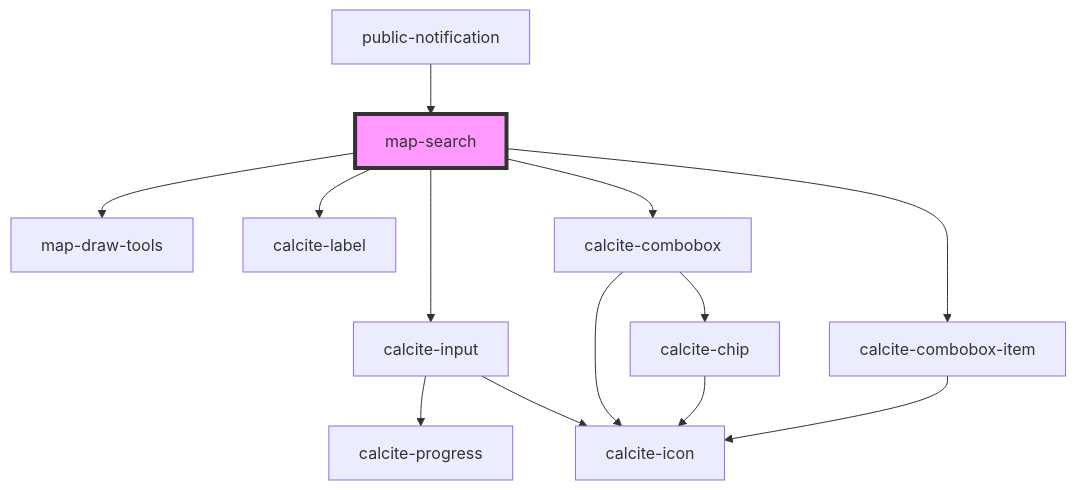
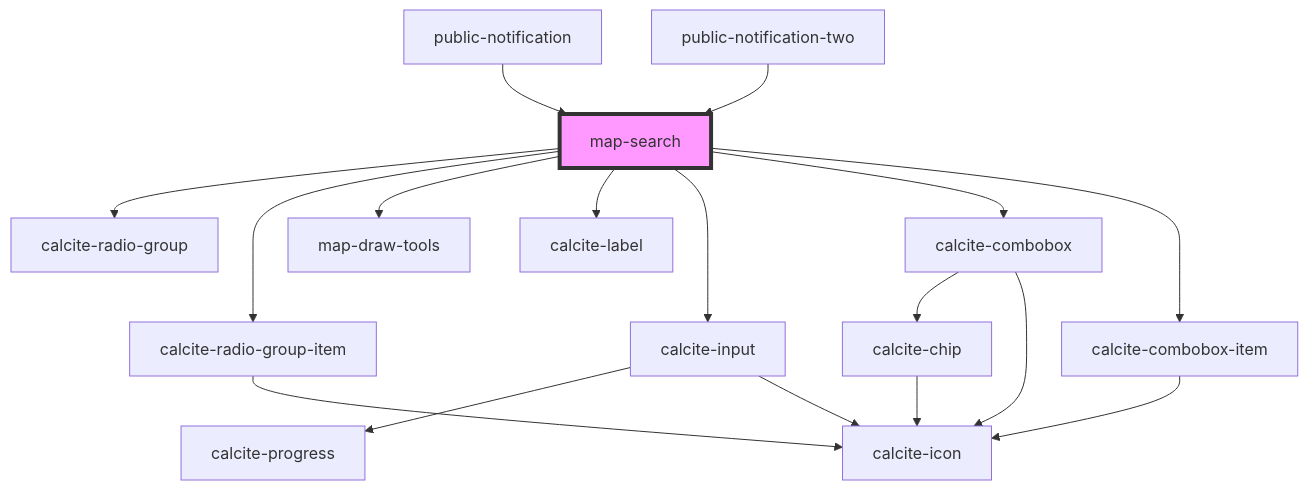
The diagram in src/components/map-search/readme.md (Esri/solutions-components), drawn with Mermaid before and after one commit. The commit also changed other lines of this file and 13 other files, not shown here.

````diff
--- a/src/components/map-search/readme.md
+++ b/src/components/map-search/readme.md
@@ -41,16 +45,20 @@
 ```mermaid
 graph TD;
+  map-search --> calcite-radio-group
+  map-search --> calcite-radio-group-item
   map-search --> map-draw-tools
   map-search --> calcite-label
   map-search --> calcite-input
   map-search --> calcite-combobox
   map-search --> calcite-combobox-item
+  calcite-radio-group-item --> calcite-icon
   calcite-input --> calcite-progress
   calcite-input --> calcite-icon
   calcite-combobox --> calcite-chip
   calcite-combobox --> calcite-icon
   calcite-chip --> calcite-icon
   calcite-combobox-item --> calcite-icon
   public-notification --> map-search
+  public-notification-two --> map-search
   style map-search fill:#f9f,stroke:#333,stroke-width:4px
 ```
````
